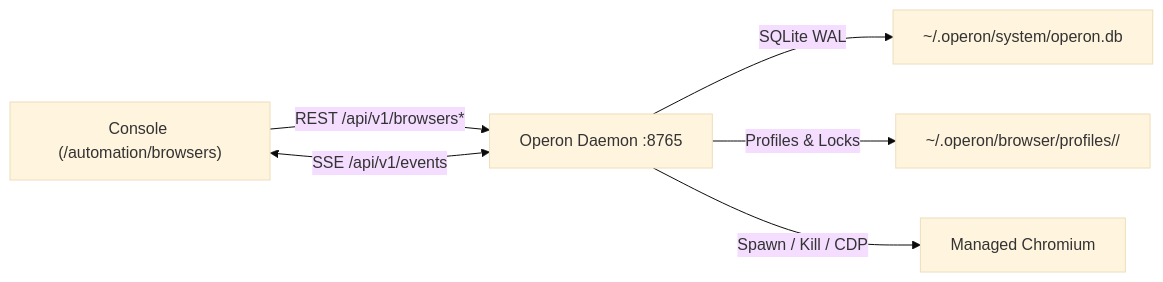
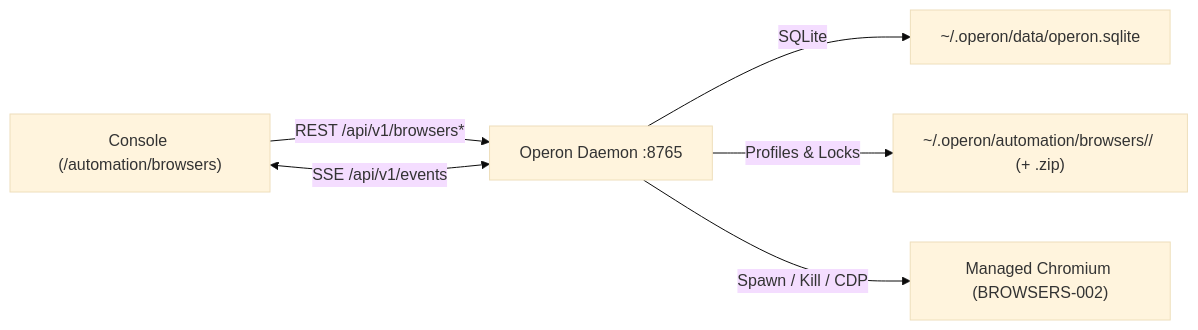
One commit to tuquet/operon changed the first of 2 diagrams in docs/specs/006-browsers/001-crud.md. Above: the diagram before and after it, drawn with Mermaid (base theme). The commit also changed other lines of this file and 2 other files, not shown here.

Commit message:
docs(specs): align 006-browsers specs and console automation view

````diff
--- a/docs/specs/006-browsers/001-crud.md
+++ b/docs/specs/006-browsers/001-crud.md
@@ -19,8 +23,8 @@
 ```mermaid
 flowchart LR
     UI["Console (/automation/browsers)"] -->|REST /api/v1/browsers*| API["Operon Daemon :8765"]
     UI <-->|SSE /api/v1/events| API
-    API -->|SQLite WAL| DB["~/.operon/system/operon.db"]
-    API -->|Profiles & Locks| FS["~/.operon/browser/profiles/<id>/"]
-    API -->|Spawn / Kill / CDP| CHR["Managed Chromium"]
+    API -->|SQLite| DB["~/.operon/data/operon.sqlite"]
+    API -->|Profiles & Locks| FS["~/.operon/automation/browsers/<id>/ (+ .zip)"]
+    API -->|Spawn / Kill / CDP| CHR["Managed Chromium (BROWSERS-002)"]
 ```
````
